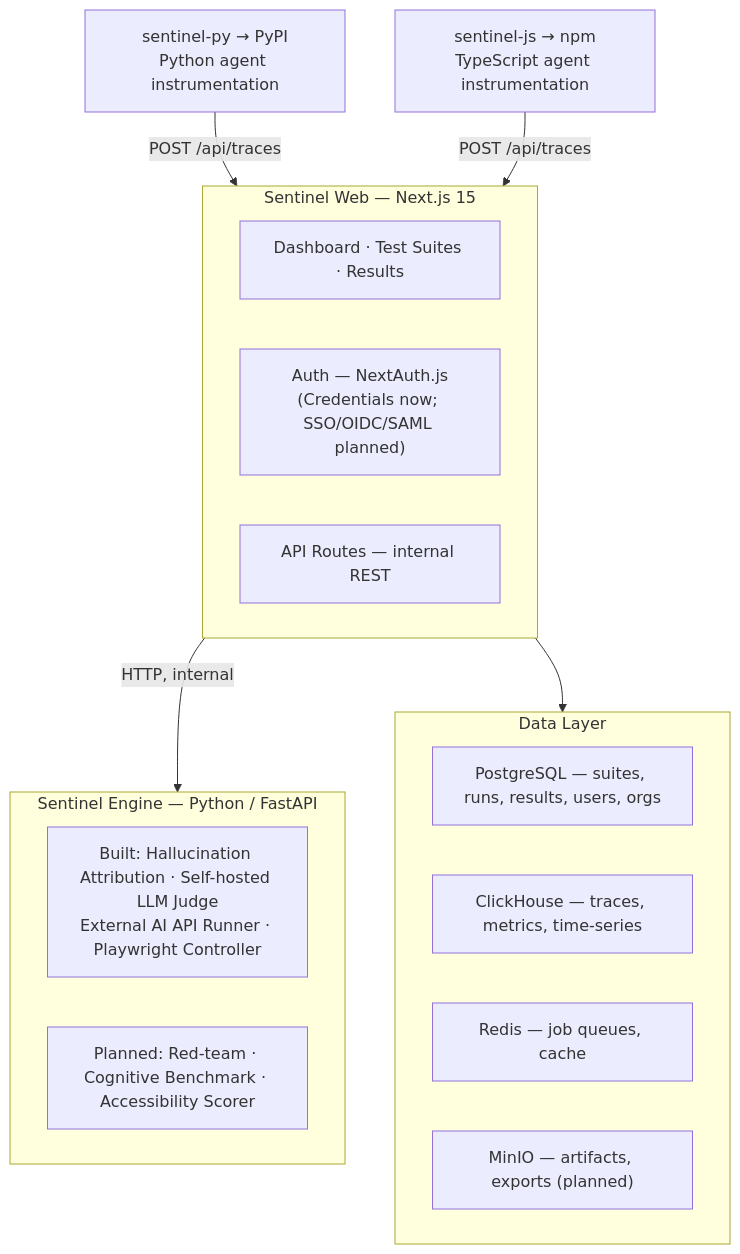
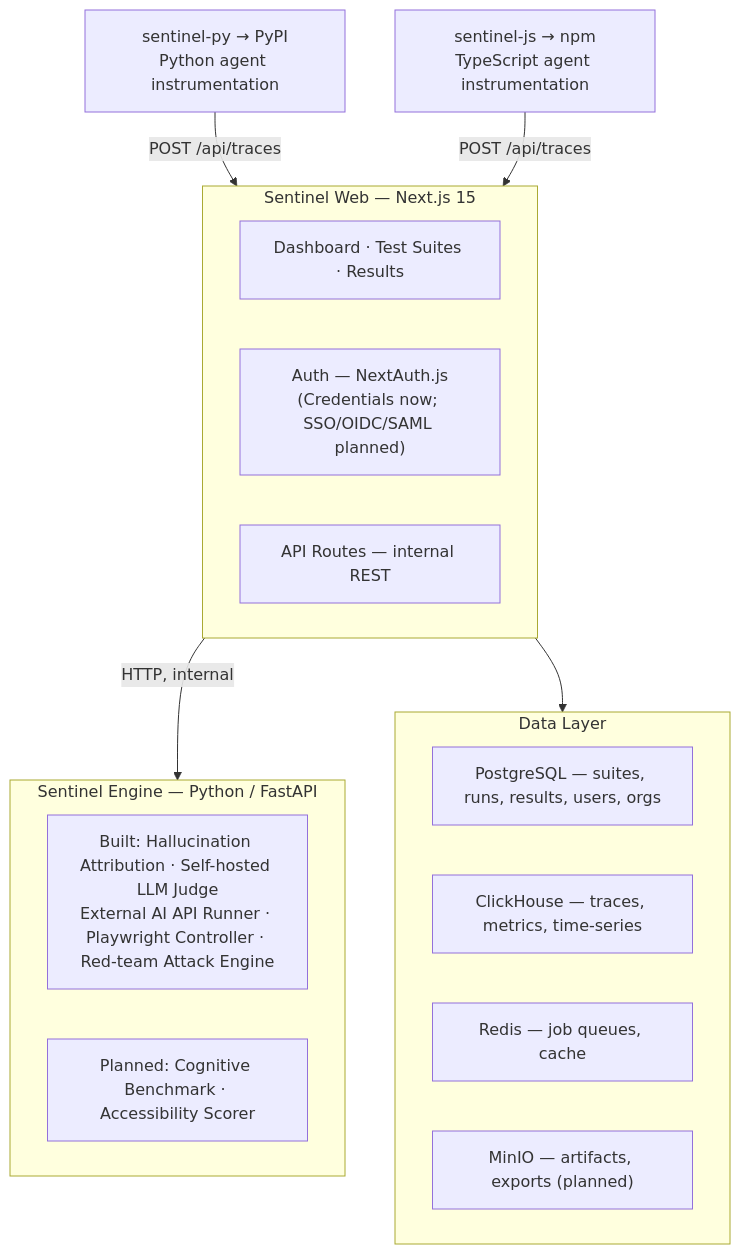
Before and after one commit to aks-builds/sentinel-qe: the diagram in README.md, drawn with Mermaid. The commit also changed other lines of this file and 1 other file, not shown here.

Commit message:
chore(day24): update session context for day 25 handoff, move Guard to BUILT in README

````diff
--- a/README.md
+++ b/README.md
@@ -30,28 +34,28 @@
 ```mermaid
 flowchart TB
     PY["sentinel-py → PyPI<br/>Python agent instrumentation"]
     JS["sentinel-js → npm<br/>TypeScript agent instrumentation"]
 
     subgraph WEB["Sentinel Web — Next.js 15"]
         DASH["Dashboard · Test Suites · Results"]
         AUTH["Auth — NextAuth.js<br/>(Credentials now; SSO/OIDC/SAML planned)"]
         API["API Routes — internal REST"]
     end
 
     subgraph ENGINE["Sentinel Engine — Python / FastAPI"]
-        BUILT["Built: Hallucination Attribution · Self-hosted LLM Judge<br/>External AI API Runner · Playwright Controller"]
-        PLANNED["Planned: Red-team · Cognitive Benchmark · Accessibility Scorer"]
+        BUILT["Built: Hallucination Attribution · Self-hosted LLM Judge<br/>External AI API Runner · Playwright Controller · Red-team Attack Engine"]
+        PLANNED["Planned: Cognitive Benchmark · Accessibility Scorer"]
     end
 
     subgraph DATA["Data Layer"]
         PG["PostgreSQL — suites, runs, results, users, orgs"]
         CH["ClickHouse — traces, metrics, time-series"]
         REDIS["Redis — job queues, cache"]
         MINIO["MinIO — artifacts, exports (planned)"]
     end
 
     PY -->|"POST /api/traces"| WEB
     JS -->|"POST /api/traces"| WEB
     WEB -->|"HTTP, internal"| ENGINE
     WEB --> DATA
 ```
````
